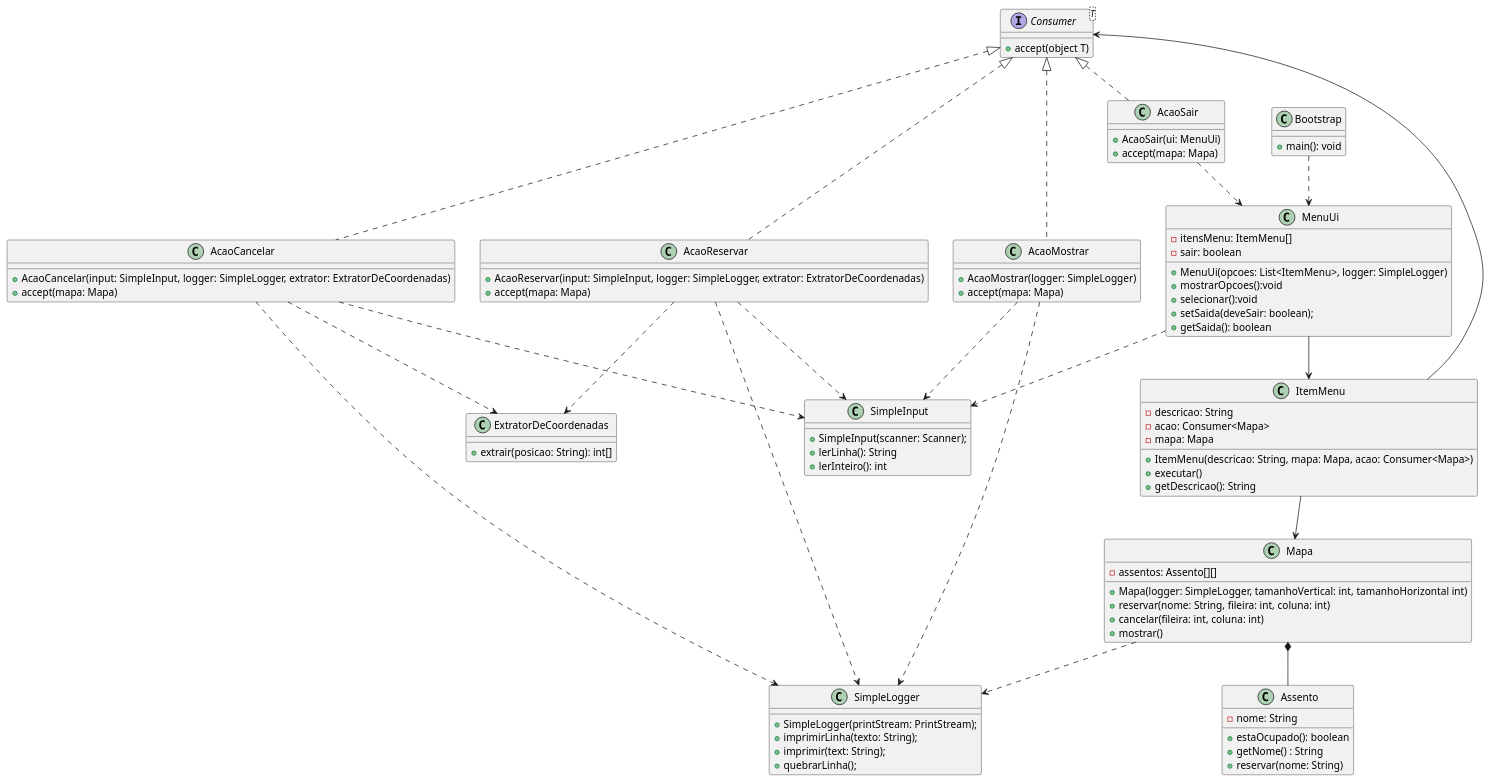
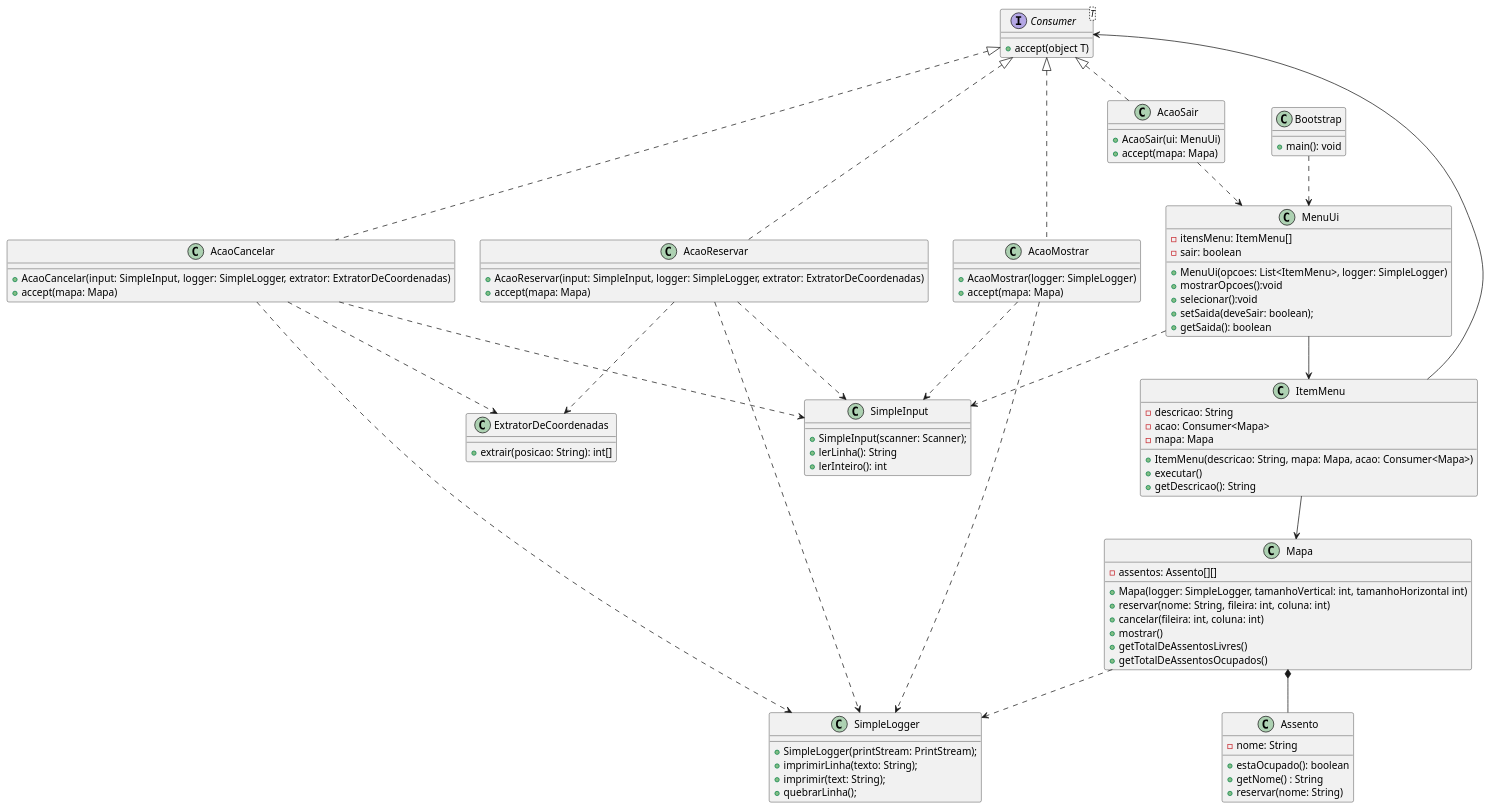
One commit to kibutzzz/estruturas-lineares changed the diagram in src/main/resources/diagrama.puml. Above: the diagram before and after it, drawn with PlantUML. The commit also changed 1 other file, not shown here.

```diff
--- a/src/main/resources/diagrama.puml
+++ b/src/main/resources/diagrama.puml
@@ -1,111 +1,113 @@
 @startuml cinema
 
 class SimpleLogger {
   + SimpleLogger(printStream: PrintStream);
   + imprimirLinha(texto: String);
   + imprimir(text: String);
   + quebrarLinha();
 }
 
 class SimpleInput {
   + SimpleInput(scanner: Scanner);
   + lerLinha(): String
   + lerInteiro(): int
 }
 
 class ExtratorDeCoordenadas {
   + extrair(posicao: String): int[]
 }
 
 class AcaoCancelar implements Consumer {
   + AcaoCancelar(input: SimpleInput, logger: SimpleLogger, extrator: ExtratorDeCoordenadas)
   + accept(mapa: Mapa)
 }
 
 class AcaoMostrar implements Consumer {
   + AcaoMostrar(logger: SimpleLogger)
   + accept(mapa: Mapa)
 }
 
 class AcaoReservar implements Consumer {
   + AcaoReservar(input: SimpleInput, logger: SimpleLogger, extrator: ExtratorDeCoordenadas)
   + accept(mapa: Mapa)
 }
 
 class AcaoSair implements Consumer {
   + AcaoSair(ui: MenuUi)
   + accept(mapa: Mapa)
 }
 
 class Mapa {
   - assentos: Assento[][]
   + Mapa(logger: SimpleLogger, tamanhoVertical: int, tamanhoHorizontal int)
   + reservar(nome: String, fileira: int, coluna: int)
   + cancelar(fileira: int, coluna: int)
   + mostrar()
+  + getTotalDeAssentosLivres()
+  + getTotalDeAssentosOcupados()
 }
 
 class Assento {
   - nome: String
   + estaOcupado(): boolean
   + getNome() : String
   + reservar(nome: String)
 }
 
 class Bootstrap {
   + main(): void
 }
 
 class MenuUi {
   - itensMenu: ItemMenu[]
   - sair: boolean
 
   + MenuUi(opcoes: List<ItemMenu>, logger: SimpleLogger)
   + mostrarOpcoes():void 
   + selecionar():void
   + setSaida(deveSair: boolean);
   + getSaida(): boolean
 }
 
 class ItemMenu {
   - descricao: String
   - acao: Consumer<Mapa>
   - mapa: Mapa
 
   + ItemMenu(descricao: String, mapa: Mapa, acao: Consumer<Mapa>)
   + executar()
   + getDescricao(): String
 }
 
 interface Consumer<T> {
 
   + accept(object T)
 }
 
 
 Bootstrap ..> MenuUi
 ItemMenu --> Consumer
 AcaoCancelar ..> ExtratorDeCoordenadas
 AcaoReservar ..> ExtratorDeCoordenadas
 
 AcaoMostrar ..> SimpleLogger
 AcaoCancelar ..> SimpleLogger
 AcaoReservar ..> SimpleLogger
 
 AcaoSair ..> MenuUi
 
 AcaoMostrar ..> SimpleInput
 AcaoCancelar ..> SimpleInput
 AcaoReservar ..> SimpleInput
 
 
 
 Mapa *-- Assento
 MenuUi ..> SimpleInput
 Mapa ..> SimpleLogger
 MenuUi --> ItemMenu
 ItemMenu --> Mapa
 
 
 
 @enduml
```
